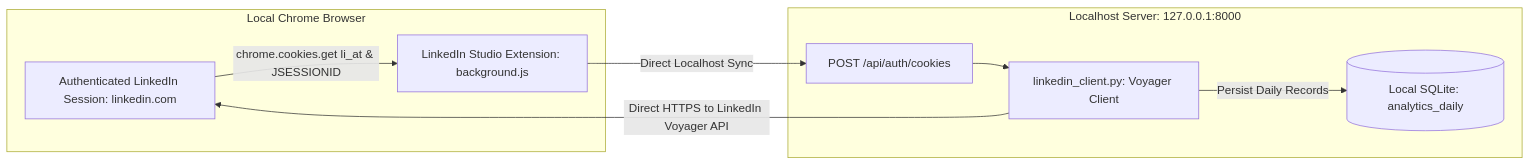
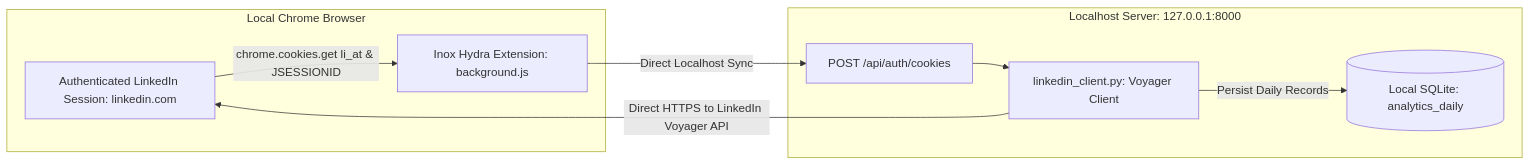
Before and after one commit to dharmik136/inox-hydra: the diagram in docs/modules/05_ANALYTICS.md, drawn with Mermaid. The commit also changed other lines of this file and 68 other files, not shown here.

First line of the commit message:
chore: one product name, Inox Hydra

````diff
--- a/docs/modules/05_ANALYTICS.md
+++ b/docs/modules/05_ANALYTICS.md
@@ -12,19 +12,19 @@
 ```mermaid
 graph LR
     subgraph BrowserEnvironment [Local Chrome Browser]
         LinkedInSession[Authenticated LinkedIn Session: linkedin.com]
-        ExtensionBridge[LinkedIn Studio Extension: background.js]
+        ExtensionBridge[Inox Hydra Extension: background.js]
     end
 
     subgraph LocalhostEngine [Localhost Server: 127.0.0.1:8000]
         SessionReceiver[POST /api/auth/cookies]
         ClientBridge[linkedin_client.py: Voyager Client]
         SQLiteStorage[(Local SQLite: analytics_daily)]
     end
 
     LinkedInSession -->|chrome.cookies.get li_at & JSESSIONID| ExtensionBridge
     ExtensionBridge -->|Direct Localhost Sync| SessionReceiver
     SessionReceiver --> ClientBridge
     ClientBridge -->|Direct HTTPS to LinkedIn Voyager API| LinkedInSession
     ClientBridge -->|Persist Daily Records| SQLiteStorage
 ```
````
